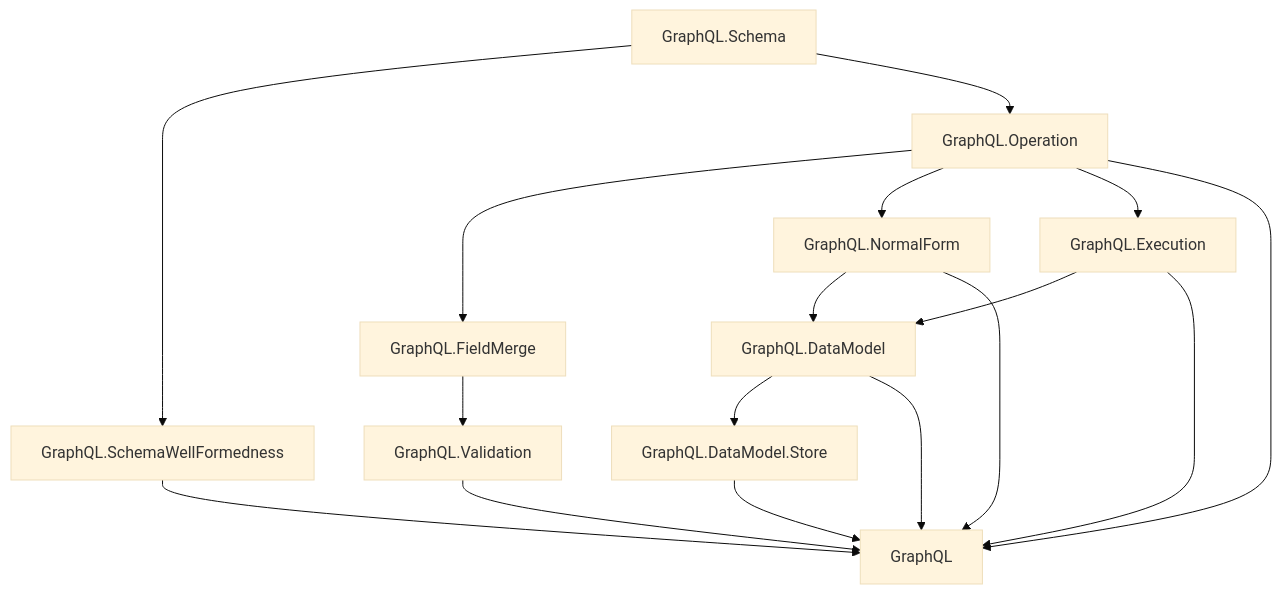
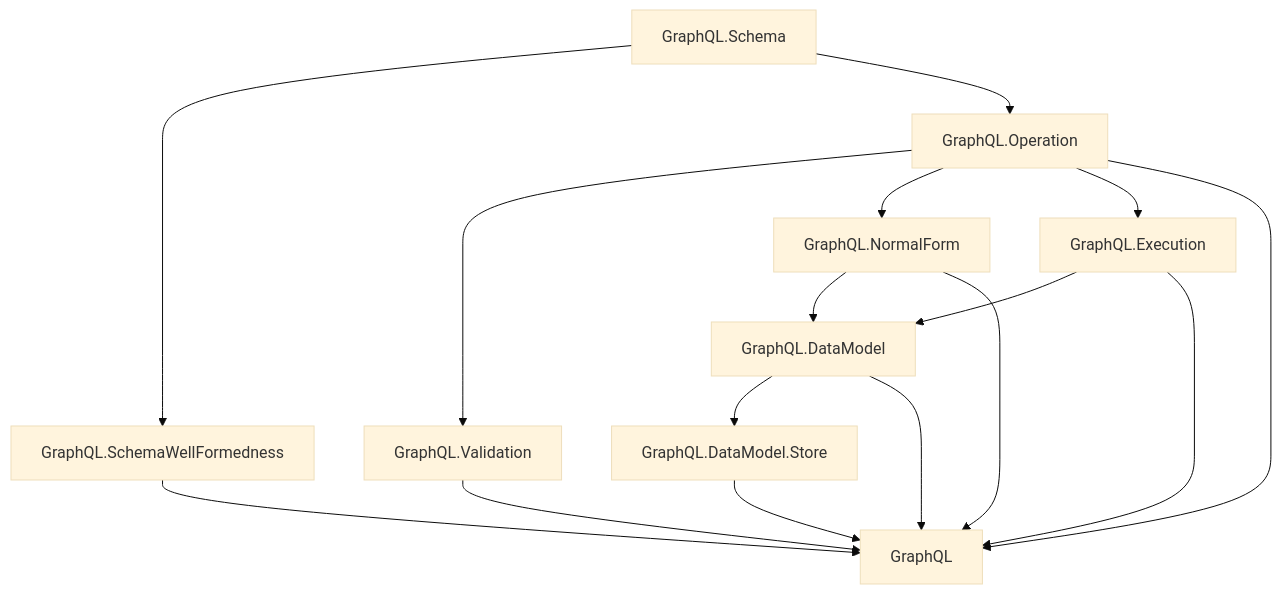
Before and after one commit to duckki/GraphQL.lean: the diagram in docs/overview.md, drawn with Mermaid (base theme). The commit also changed other lines of this file and 6 other files, not shown here.

Commit message:
Fold field merge into validation

````diff
--- a/docs/overview.md
+++ b/docs/overview.md
@@ -11,31 +11,29 @@
 ```mermaid
 flowchart TD
   Schema["GraphQL.Schema"]
   SchemaWF["GraphQL.SchemaWellFormedness"]
   Operation["GraphQL.Operation"]
-  FieldMerge["GraphQL.FieldMerge"]
   Validation["GraphQL.Validation"]
   NormalForm["GraphQL.NormalForm"]
   Execution["GraphQL.Execution"]
   DataModel["GraphQL.DataModel"]
   DataModelStore["GraphQL.DataModel.Store"]
   GraphQLRoot["GraphQL"]
 
   Schema --> SchemaWF
   Schema --> Operation
-  Operation --> FieldMerge
+  Operation --> Validation
   Operation --> NormalForm
   Operation --> Execution
-  FieldMerge --> Validation
   Execution --> DataModel
   NormalForm --> DataModel
   DataModel --> DataModelStore
 
   SchemaWF --> GraphQLRoot
   Operation --> GraphQLRoot
   Validation --> GraphQLRoot
   NormalForm --> GraphQLRoot
   Execution --> GraphQLRoot
   DataModel --> GraphQLRoot
   DataModelStore --> GraphQLRoot
 ```
````
